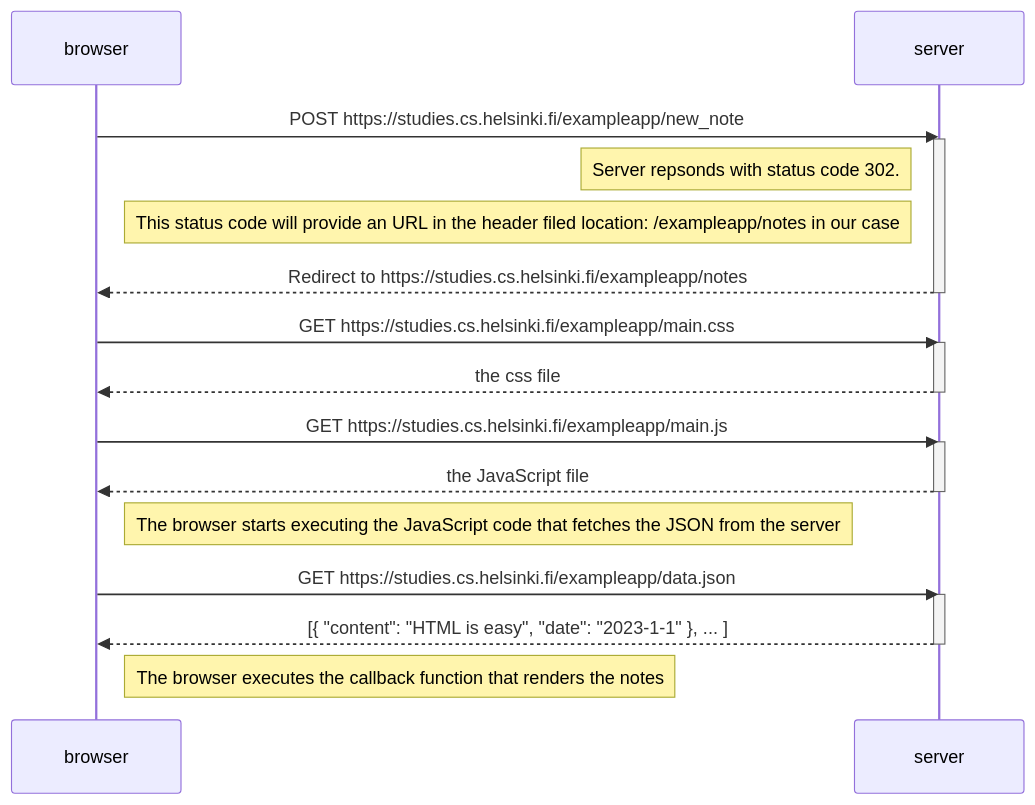
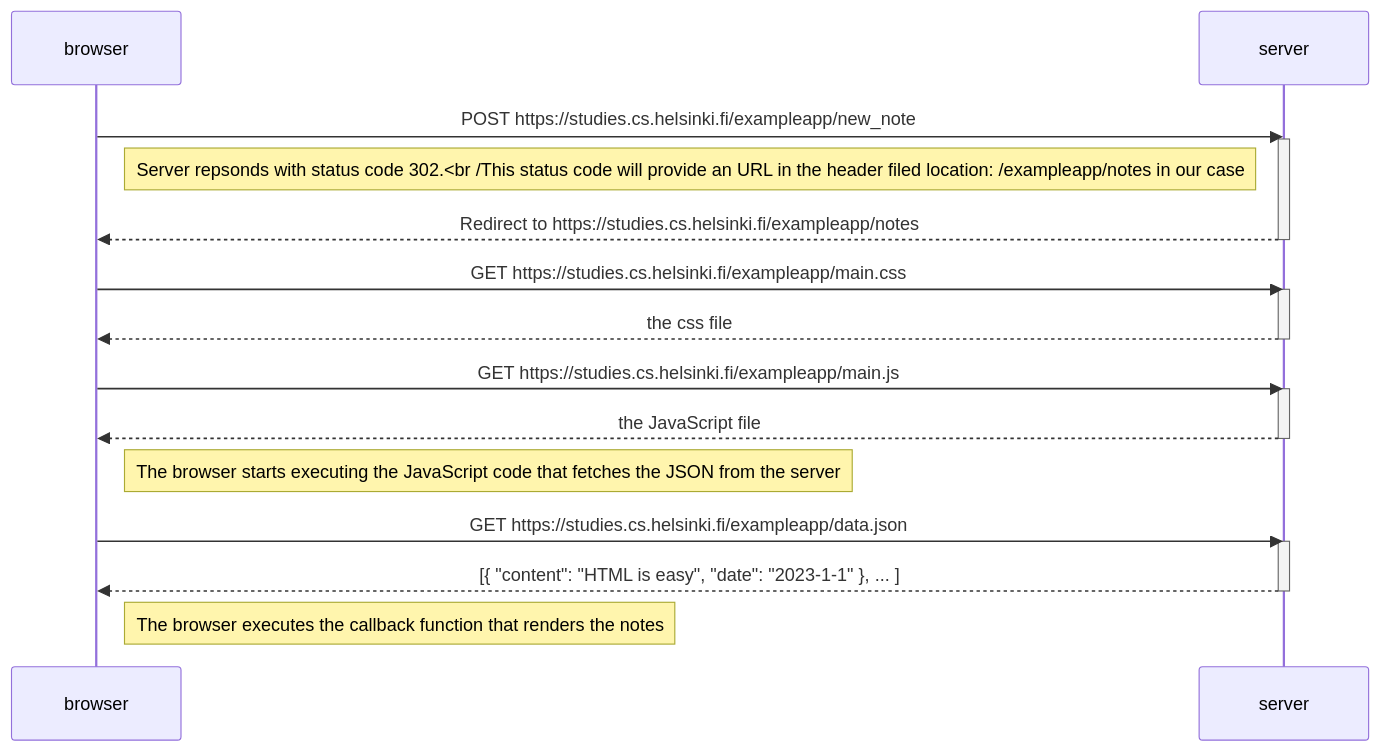
One commit to KaomN/full_stack_open changed the diagram in part0/04/new_note_diagram.md. Above: the diagram before and after it, drawn with Mermaid.

````diff
--- a/part0/04/new_note_diagram.md
+++ b/part0/04/new_note_diagram.md
@@ -1,31 +1,30 @@
 ```mermaid
 sequenceDiagram
 	participant browser
 	participant server
 	
 	browser->>server: POST https://studies.cs.helsinki.fi/exampleapp/new_note
 	activate server
-	Note left of server: Server repsonds with status code 302.
-	Note left of server: This status code will provide an URL in the header filed location: /exampleapp/notes in our case
+	Note left of server: Server repsonds with status code 302.<br /This status code will provide an URL in the header filed location: /exampleapp/notes in our case
 	server-->>browser: Redirect to https://studies.cs.helsinki.fi/exampleapp/notes
 	deactivate server
 	
 	browser->>server: GET https://studies.cs.helsinki.fi/exampleapp/main.css
 	activate server
 	server-->>browser: the css file
 	deactivate server
 	
 	browser->>server: GET https://studies.cs.helsinki.fi/exampleapp/main.js
 	activate server
 	server-->>browser: the JavaScript file
 	deactivate server
 	
 	Note right of browser: The browser starts executing the JavaScript code that fetches the JSON from the server
 	
 	browser->>server: GET https://studies.cs.helsinki.fi/exampleapp/data.json
 	activate server
 	server-->>browser: [{ "content": "HTML is easy", "date": "2023-1-1" }, ... ]
 	deactivate server    
 
 	Note right of browser: The browser executes the callback function that renders the notes 
 ```
````
